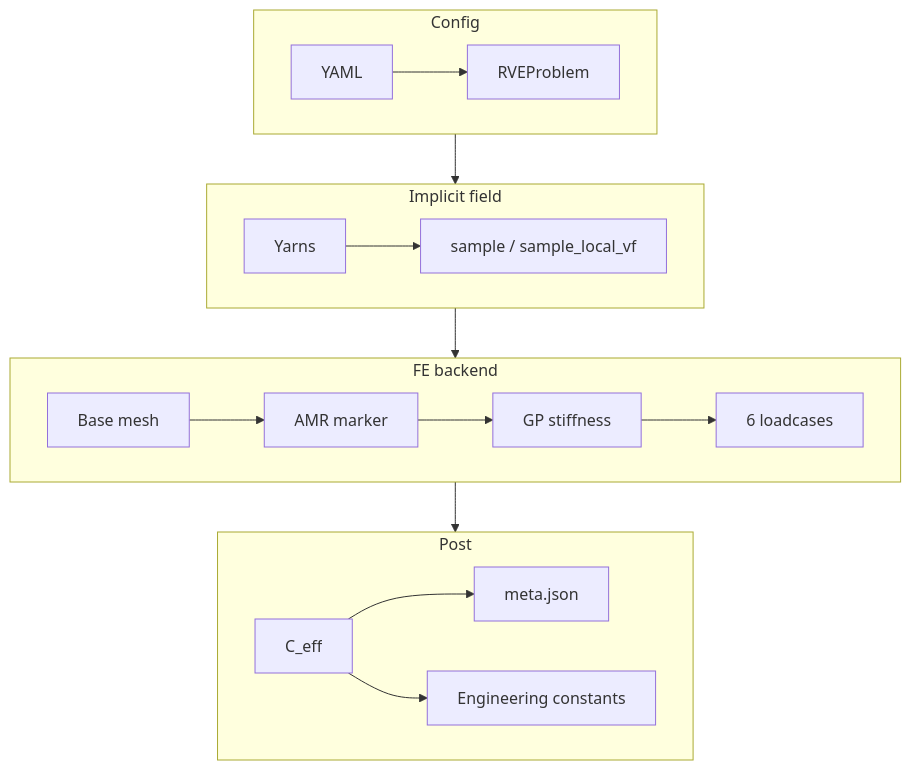
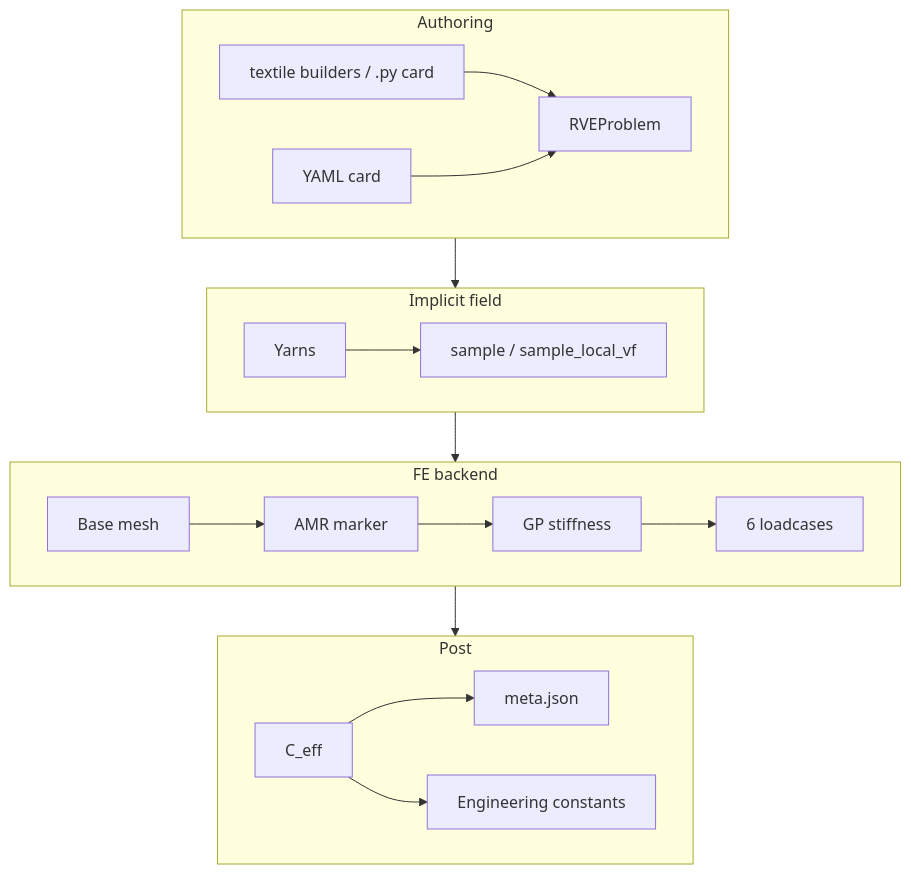
One commit to wr1/b3_tex changed the diagram in docs/reference/architecture.mdx. Above: the diagram before and after it, drawn with Mermaid. The commit also changed other lines of this file and 119 other files, not shown here.

````diff
--- a/docs/reference/architecture.mdx
+++ b/docs/reference/architecture.mdx
@@ -31,24 +32,25 @@
 ```mermaid
 flowchart TB
-  subgraph cfg [Config]
+  subgraph cfg [Authoring]
     direction LR
-    yaml[YAML] --> problem[RVEProblem]
+    py[textile builders / .py card] --> problem[RVEProblem]
+    yaml[YAML card] --> problem
   end
   subgraph field [Implicit field]
     direction LR
     yarns[Yarns] --> sample[sample / sample_local_vf]
   end
   subgraph fe [FE backend]
     direction LR
     mesh[Base mesh] --> amr[AMR marker]
     amr --> assemble[GP stiffness]
     assemble --> solve[6 loadcases]
   end
   subgraph post [Post]
     direction LR
     ceff[C_eff] --> meta[meta.json]
     ceff --> eng[Engineering constants]
   end
   cfg --> field
   field --> fe --> post
 ```
````
